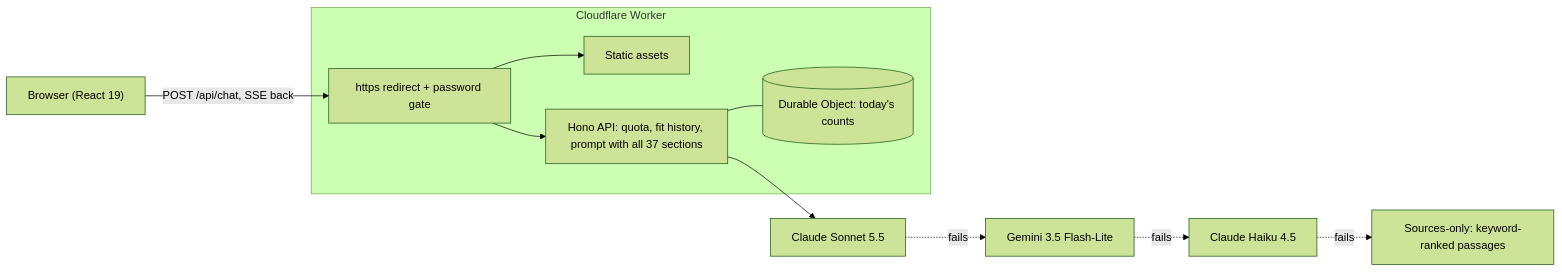
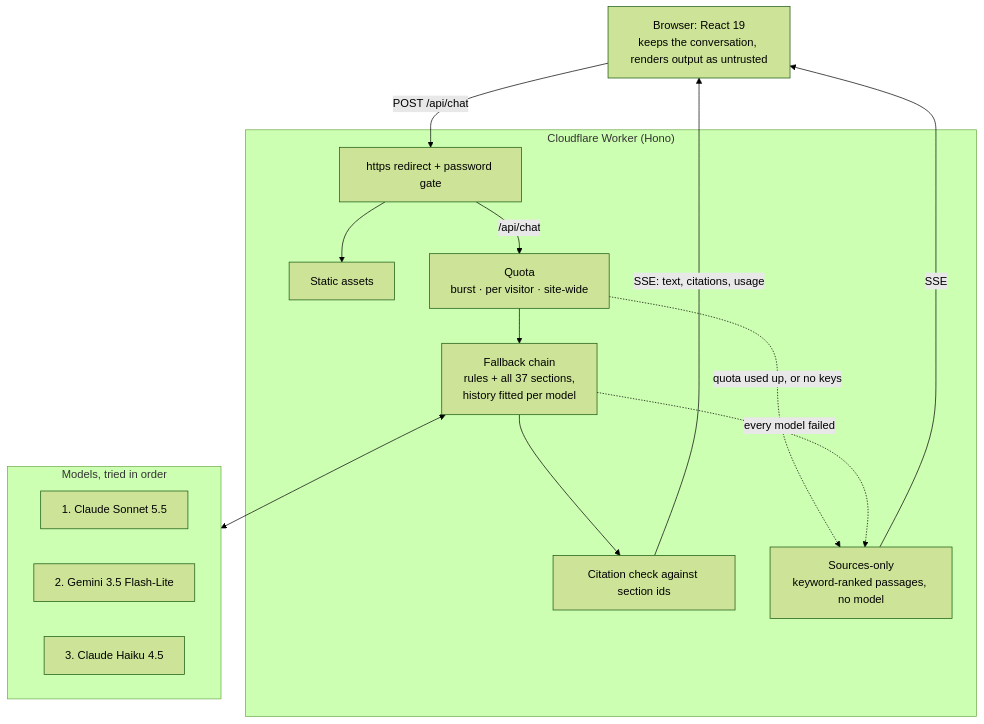
One commit to ujjaval-verma/nimbus-kb changed the diagram in README.md. Above: the diagram before and after it, drawn with Mermaid (forest theme). The commit also changed other lines of this file and 6 other files, not shown here.

````diff
--- a/README.md
+++ b/README.md
@@ -100,13 +67,25 @@
 ```mermaid
-flowchart LR
-  B["Browser (React 19)"] -->|"POST /api/chat, SSE back"| G
-  subgraph W["Cloudflare Worker"]
-    G["https redirect + password gate"] --> S["Static assets"]
-    G --> A["Hono API: quota, fit history, prompt with all 37 sections"]
-    A --- Q[("Durable Object: today's counts")]
+flowchart TB
+  B["Browser: React 19<br/>keeps the conversation, renders output as untrusted"]
+  subgraph W["Cloudflare Worker (Hono)"]
+    G["https redirect + password gate"]
+    A["Static assets"]
+    Q["Quota<br/>burst · per visitor · site-wide"]
+    F["Fallback chain<br/>rules + all 37 sections,<br/>history fitted per model"]
+    V["Citation check against section ids"]
+    S["Sources-only<br/>keyword-ranked passages, no model"]
+    G --> A
+    G -->|"/api/chat"| Q --> F --> V
+    Q -.->|"quota used up, or no keys"| S
+    F -.->|"every model failed"| S
   end
-  A --> C1["Claude Sonnet 5.5"]
-  C1 -. fails .-> C2["Gemini 3.5 Flash-Lite"]
-  C2 -. fails .-> C3["Claude Haiku 4.5"]
-  C3 -. fails .-> SO["Sources-only: keyword-ranked passages"]
+  subgraph M["Models, tried in order"]
+    M1["1. Claude Sonnet 5.5"]
+    M2["2. Gemini 3.5 Flash-Lite"]
+    M3["3. Claude Haiku 4.5"]
+  end
+  B -->|"POST /api/chat"| G
+  F <--> M
+  V -->|"SSE: text, citations, usage"| B
+  S -->|SSE| B
 ```
````
